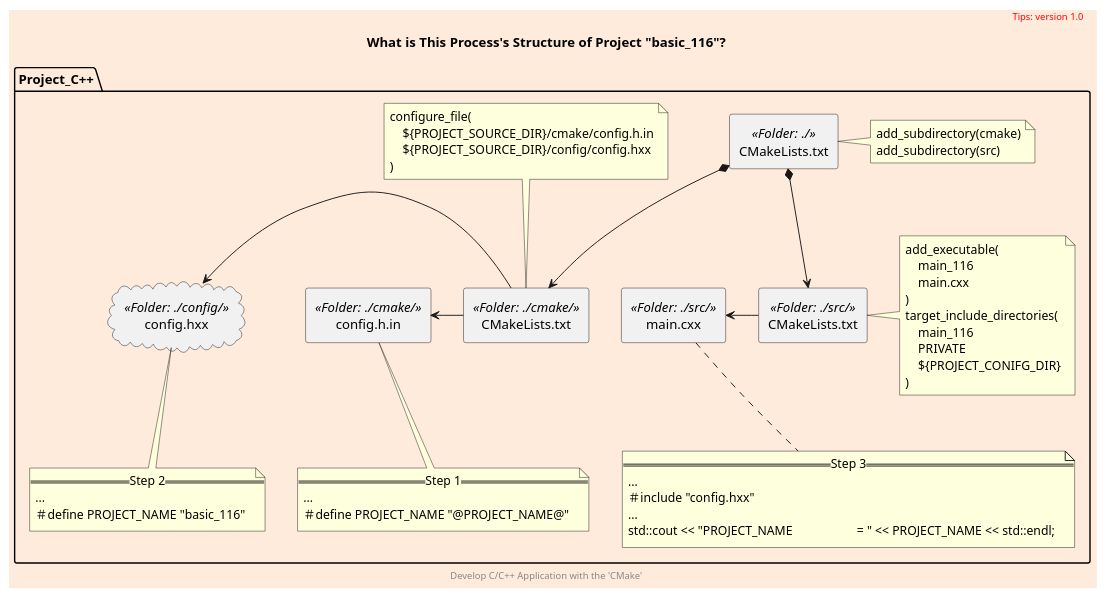
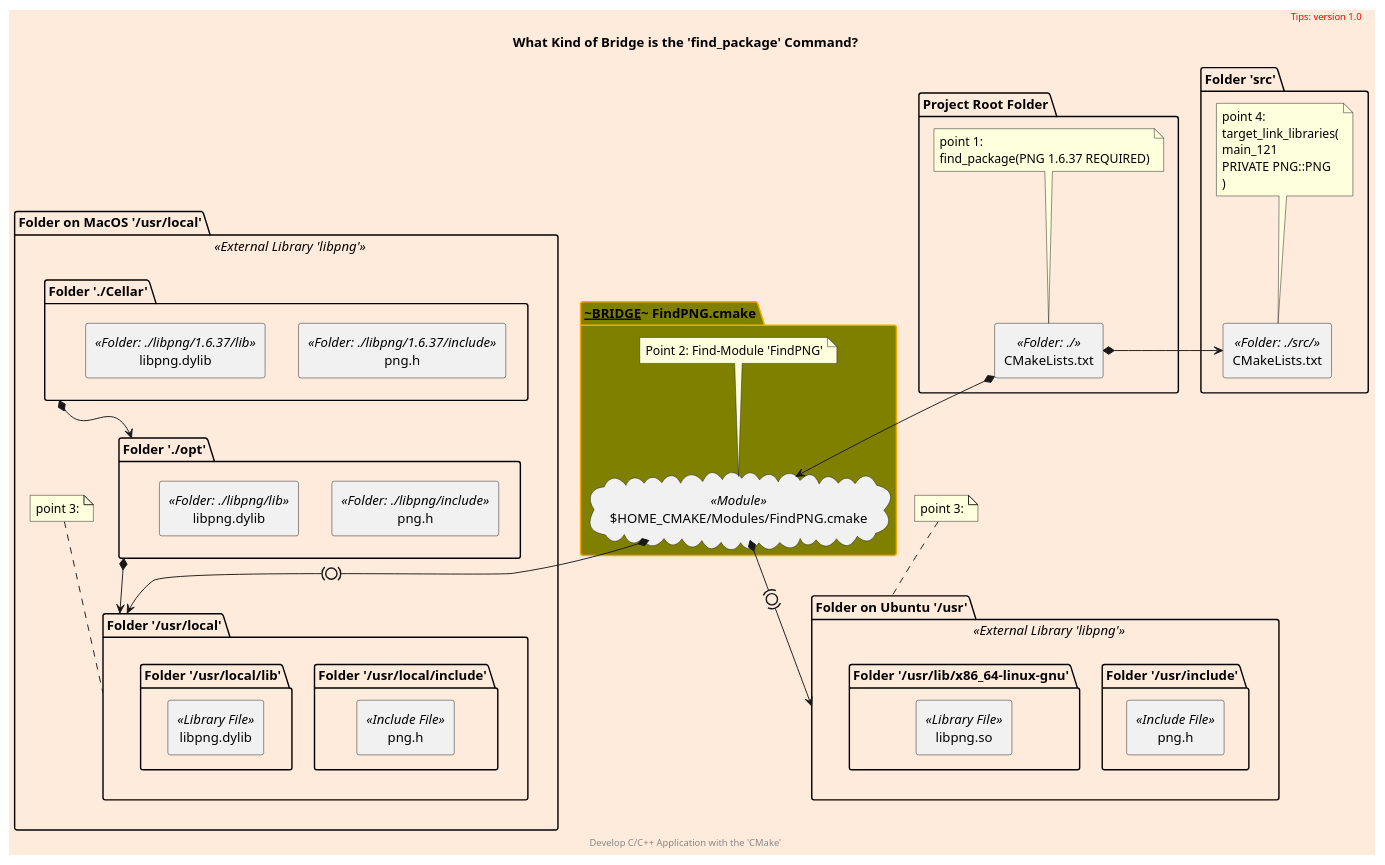
Before and after one commit to cnruby/w3h1_cmake: the diagram in docs/what-process.puml, drawn with PlantUML. The commit also changed 20 other files, not shown here.

```diff
--- a/docs/what-process.puml
+++ b/docs/what-process.puml
@@ -1,73 +1,96 @@
 @startuml
 scale 700 width
 skinparam backgroundColor #FFEBDC
 scale 1
 
-package Project_C++ as project {
-    rectangle main.cxx <<Folder: ./src/>> as main
+skinparam Folder {
+  backgroundColor Olive
+  borderColor orange
+}
+
+'left to right direction
+package "Project Root Folder" as project_cmake {
     rectangle CMakeLists.txt <<Folder: ./>> as begin
+
+    note top of begin
+        point 1:
+        find_package(PNG 1.6.37 REQUIRED)
+    endnote
+}
+
+Folder "~~~BRIDGE~~~ FindPNG.cmake" as bridge {
+    cloud "$HOME_CMAKE/Modules/FindPNG.cmake" <<Module>> as find_png
+    note top of find_png
+        Point 2: Find-Module 'FindPNG'
+    endnote
+}
+
+package "Folder 'src'" as src_dir {
     rectangle CMakeLists.txt <<Folder: ./src/>> as src_list
-    rectangle config.h.in <<Folder: ./cmake/>> as config_h_in
-    rectangle CMakeLists.txt <<Folder: ./cmake/>> as cmake_list
-    cloud config.hxx <<Folder: ./config/>> as config_hxx
 
-
-    note bottom of config_h_in
-        == Step 1 ==
-        ...
-        ＃define PROJECT_NAME "@PROJECT_NAME@"
-    endnote
-    note bottom of config_hxx
-        == Step 2 ==
-        ...
-        ＃define PROJECT_NAME "basic_116"
-    endnote
-    note bottom of main
-        == Step 3 ==
-        ...
-        ＃include "config.hxx"
-        ...
-        std::cout << "PROJECT_NAME \t\t\t= " << PROJECT_NAME << std::endl;
-    endnote
-
-
-    note right of begin
-        add_subdirectory(cmake)
-        add_subdirectory(src)
-    endnote
-    note top of cmake_list
-        configure_file(
-            ${PROJECT_SOURCE_DIR}/cmake/config.h.in
-            ${PROJECT_SOURCE_DIR}/config/config.hxx
-        )
-    endnote
-    note right of src_list
-        add_executable(
-            main_116
-            main.cxx
-        )
-        target_include_directories(
-            main_116
-            PRIVATE
-            ${PROJECT_CONIFG_DIR}
+    note top of src_list
+        point 4:
+        target_link_libraries(
+        main_121
+        PRIVATE PNG::PNG
         )
     endnote
 }
 
-begin *--> src_list
-begin *--> cmake_list
-src_list -left-> main
-cmake_list -left-> config_h_in
-cmake_list -left-> config_hxx
+package "Folder on MacOS '/usr/local'" <<External Library 'libpng'>> as usr_local_dir {
+    package "Folder './Cellar'" as cellar_dir {
+        rectangle "png.h" <<Folder: ./libpng/1.6.37/include>> as cellar_png_h
+        rectangle "libpng.dylib" <<Folder: ./libpng/1.6.37/lib>> as cellar_libpng_dylib
+    }
+
+    package "Folder './opt'" as opt_dir {
+        rectangle "png.h" <<Folder: ./libpng/include>> as opt_png_h
+        rectangle "libpng.dylib" <<Folder: ./libpng/lib>> as opt_libpng_dylib
+    }
+
+    package "Folder '/usr/local'" as local_dir {
+        package "Folder '/usr/local/include'" as include_dir {
+            rectangle "png.h" <<Include File>> as local_png_h
+        }
+        package "Folder '/usr/local/lib'" as lib_dir {
+            rectangle "libpng.dylib" <<Library File>> as local_libpng_dylib
+        }
+    }
+
+    note top of local_dir
+        point 3:
+    endnote
+}
+
+package "Folder on Ubuntu '/usr'" <<External Library 'libpng'>> as usr_dir {
+    package "Folder '/usr/include'" as ubuntu_include_dir {
+        rectangle "png.h" <<Include File>> as usr_png_h
+    }
+    package "Folder '/usr/lib/x86_64-linux-gnu'" as ubuntu_lib_dir {
+        rectangle "libpng.so" <<Library File>> as usr_libpng_so
+    }
+}
+note top of usr_dir
+    point 3:
+endnote
+
+
+begin *-right-> src_list
+begin *--> find_png
+find_png *-(0)-> local_dir
+cellar_dir *--> opt_dir
+opt_dir *--> local_dir
+
+find_png *-(0)-> usr_dir
 
 title
-    What is This Process's Structure of Project "basic_116"?
+    What Kind of Bridge is the 'find_package' Command?
 end title
 
 header
 <font color=red>Tips: version 1.0</font>
 endheader
 
 center footer Develop C/C++ Application with the 'CMake'
 
 @enduml
```
